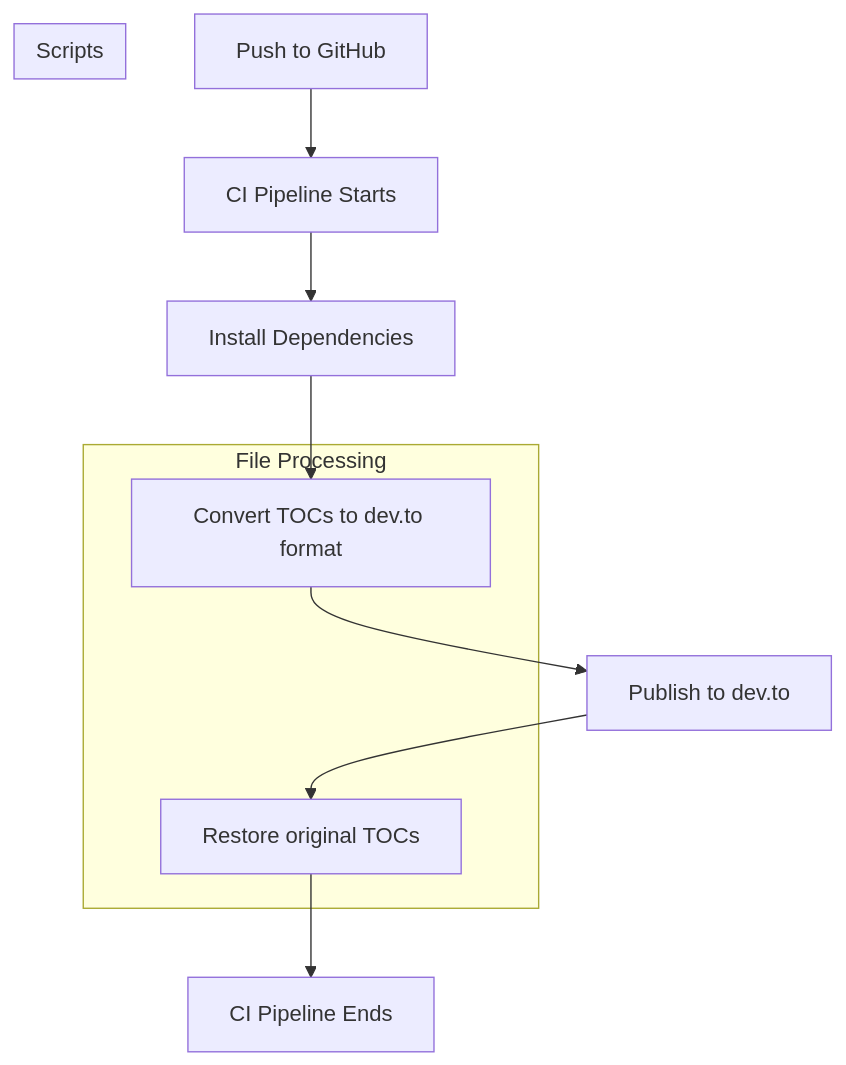
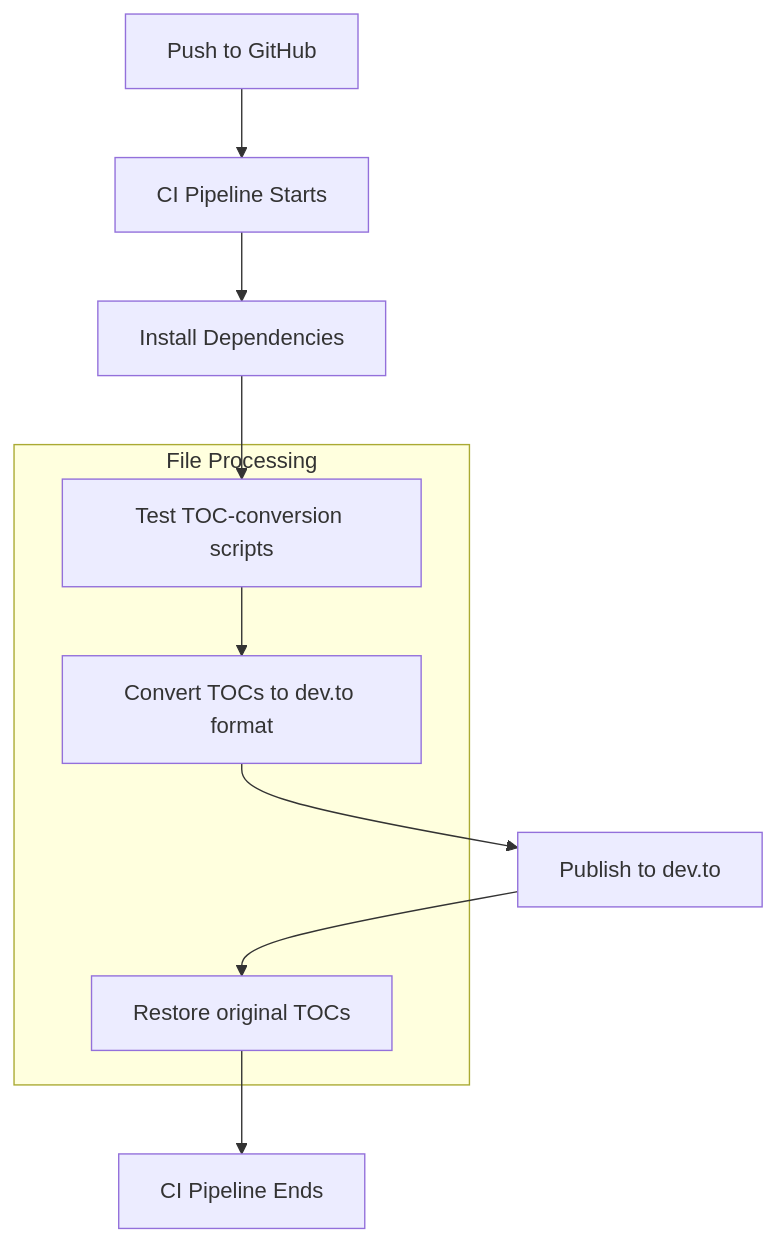
The diagram in docs/devto-toc-processing.md (OdyAsh/odyash-dev.to), drawn with Mermaid before and after one commit. The commit also changed 1 other file, not shown here.

Commit message:
fix: reorder TOC processing steps in CI pipeline and update documentation flowchart

````diff
--- a/docs/devto-toc-processing.md
+++ b/docs/devto-toc-processing.md
@@ -59,19 +59,16 @@
 ```mermaid
 flowchart TD
     A[Push to GitHub] --> B[CI Pipeline Starts]
     B --> C[Install Dependencies]
-    C --> D["Convert TOCs to dev.to format"]
-    D --> E[Publish to dev.to]
-    E --> F["Restore original TOCs"]
-    F --> G[CI Pipeline Ends]
+    C --> D[Test TOC-conversion scripts]
+    D --> E["Convert TOCs to dev.to format"]
+    E --> F[Publish to dev.to]
+    F --> G["Restore original TOCs"]
+    G --> H[CI Pipeline Ends]
 
     subgraph File Processing
         D
-        F
-    end
-
-    subgraph Scripts
-        D
-        F
+        E
+        G
     end
 ```
````
